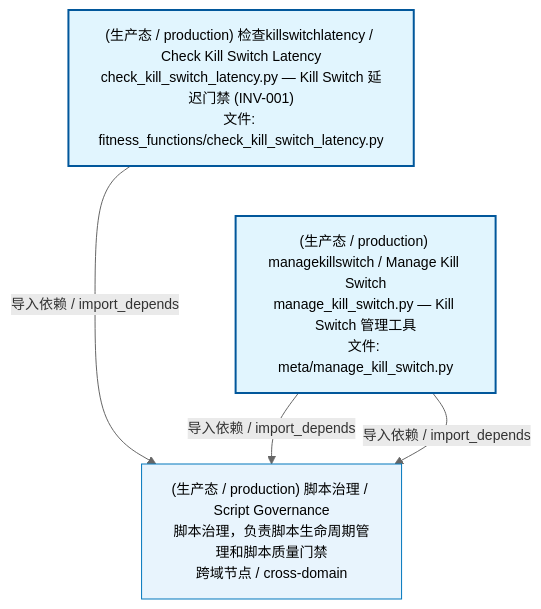
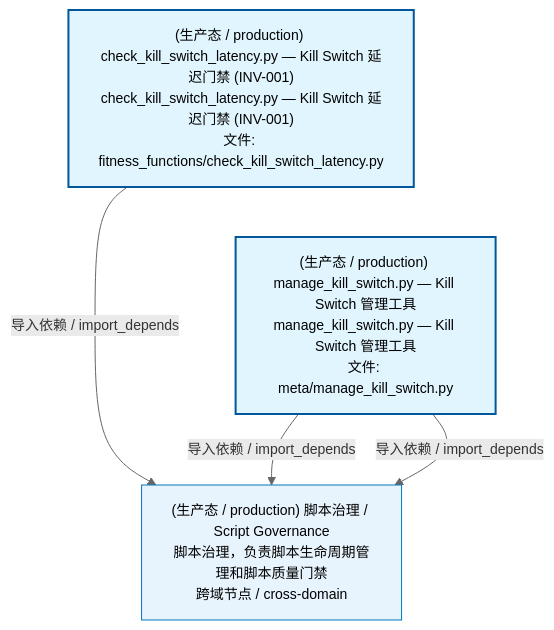
The first of 4 diagrams in docs/02_enterprise_architecture/02_domain_architecture_docs/34_d_autonomy_perm.md (xuanFelixVan/ZephyrAlpha), drawn with Mermaid before and after one commit. The commit also changed other lines of this file and 75 other files, not shown here.

````diff
--- a/docs/02_enterprise_architecture/02_domain_architecture_docs/34_d_autonomy_perm.md
+++ b/docs/02_enterprise_architecture/02_domain_architecture_docs/34_d_autonomy_perm.md
@@ -53,17 +53,17 @@
 ```mermaid
 %%{init: {'theme': 'base', 'themeVariables': {'primaryColor': '#eaeaea', 'primaryTextColor': '#333333', 'primaryBorderColor': '#666666', 'lineColor': '#666666', 'secondaryColor': '#eaeaea', 'tertiaryColor': '#eaeaea', 'fontSize': '14px'}}}%%
 flowchart TD
-    scripts_arch_guard_fitness_functions_check_kill_switch_latency_py["(生产态 / production) 检查killswitchlatency / Check Kill Switch Latency<br/>check_kill_switch_latency.py — Kill Switch 延迟门禁 (INV-001)<br/>文件: fitness_functions/check_kill_switch_latency.py"]
-    scripts_governance_meta_manage_kill_switch_py["(生产态 / production) managekillswitch / Manage Kill Switch<br/>manage_kill_switch.py — Kill Switch 管理工具<br/>文件: meta/manage_kill_switch.py"]
+    scripts_arch_guard_fitness_functions_check_kill_switch_latency_py["(生产态 / production) check_kill_switch_latency.py — Kill Switch 延迟门禁 (INV-001)<br/>check_kill_switch_latency.py — Kill Switch 延迟门禁 (INV-001)<br/>文件: fitness_functions/check_kill_switch_latency.py"]
+    scripts_governance_meta_manage_kill_switch_py["(生产态 / production) manage_kill_switch.py — Kill Switch 管理工具<br/>manage_kill_switch.py — Kill Switch 管理工具<br/>文件: meta/manage_kill_switch.py"]
     scripts_arch_guard_fitness_functions_check_kill_switch_latency_py ~~~ scripts_governance_meta_manage_kill_switch_py
     D_GOV_SCRIPTS["(生产态 / production) 脚本治理 / Script Governance<br/>脚本治理，负责脚本生命周期管理和脚本质量门禁<br/>跨域节点 / cross-domain"]
     scripts_arch_guard_fitness_functions_check_kill_switch_latency_py -->|导入依赖 / import_depends| D_GOV_SCRIPTS
     scripts_governance_meta_manage_kill_switch_py -->|导入依赖 / import_depends| D_GOV_SCRIPTS
     scripts_governance_meta_manage_kill_switch_py -->|导入依赖 / import_depends| D_GOV_SCRIPTS
     classDef production fill:#e1f5fe,stroke:#01579b,stroke-width:2px,color:#000
     classDef design fill:#fff3e0,stroke:#e65100,stroke-width:2px,color:#000,stroke-dasharray: 5 5
     classDef external_prod fill:#e8f4fd,stroke:#0277bd,stroke-width:1px,color:#000
     classDef external_design fill:#fff8e7,stroke:#ef6c00,stroke-width:1px,color:#000,stroke-dasharray: 5 5
     class scripts_arch_guard_fitness_functions_check_kill_switch_latency_py,scripts_governance_meta_manage_kill_switch_py production
     class D_GOV_SCRIPTS external_prod
 ```
````
